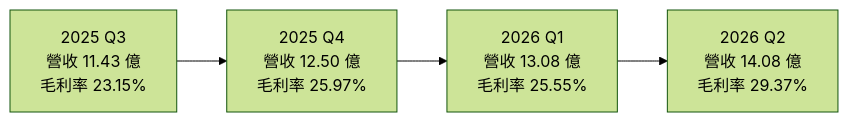
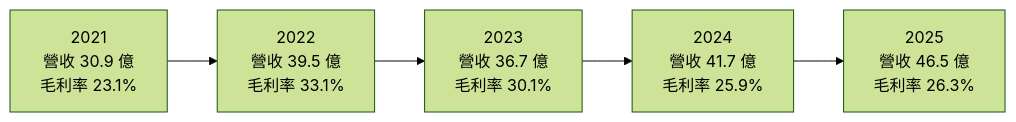
One commit to wangnick1004/taiwan-stock-vault changed the third of 4 diagrams in 個股/台股/3265台星科.md. Above: the diagram before and after it, drawn with Mermaid (forest theme). The commit also changed other lines of this file and 142 other files, not shown here.

````diff
--- a/個股/台股/3265台星科.md
+++ b/個股/台股/3265台星科.md
@@ -135,4 +138,4 @@
 ```mermaid
 flowchart LR
-    Q3["2025 Q3<br/>營收 11.43 億<br/>毛利率 23.15%"] --> Q4["2025 Q4<br/>營收 12.50 億<br/>毛利率 25.97%"] --> Q1["2026 Q1<br/>營收 13.08 億<br/>毛利率 25.55%"] --> Q2["2026 Q2<br/>營收 14.08 億<br/>毛利率 29.37%"]
+    Y21["2021<br/>營收 30.9 億<br/>毛利率 23.1%"] --> Y22["2022<br/>營收 39.5 億<br/>毛利率 33.1%"] --> Y23["2023<br/>營收 36.7 億<br/>毛利率 30.1%"] --> Y24["2024<br/>營收 41.7 億<br/>毛利率 25.9%"] --> Y25["2025<br/>營收 46.5 億<br/>毛利率 26.3%"]
 ```
````
